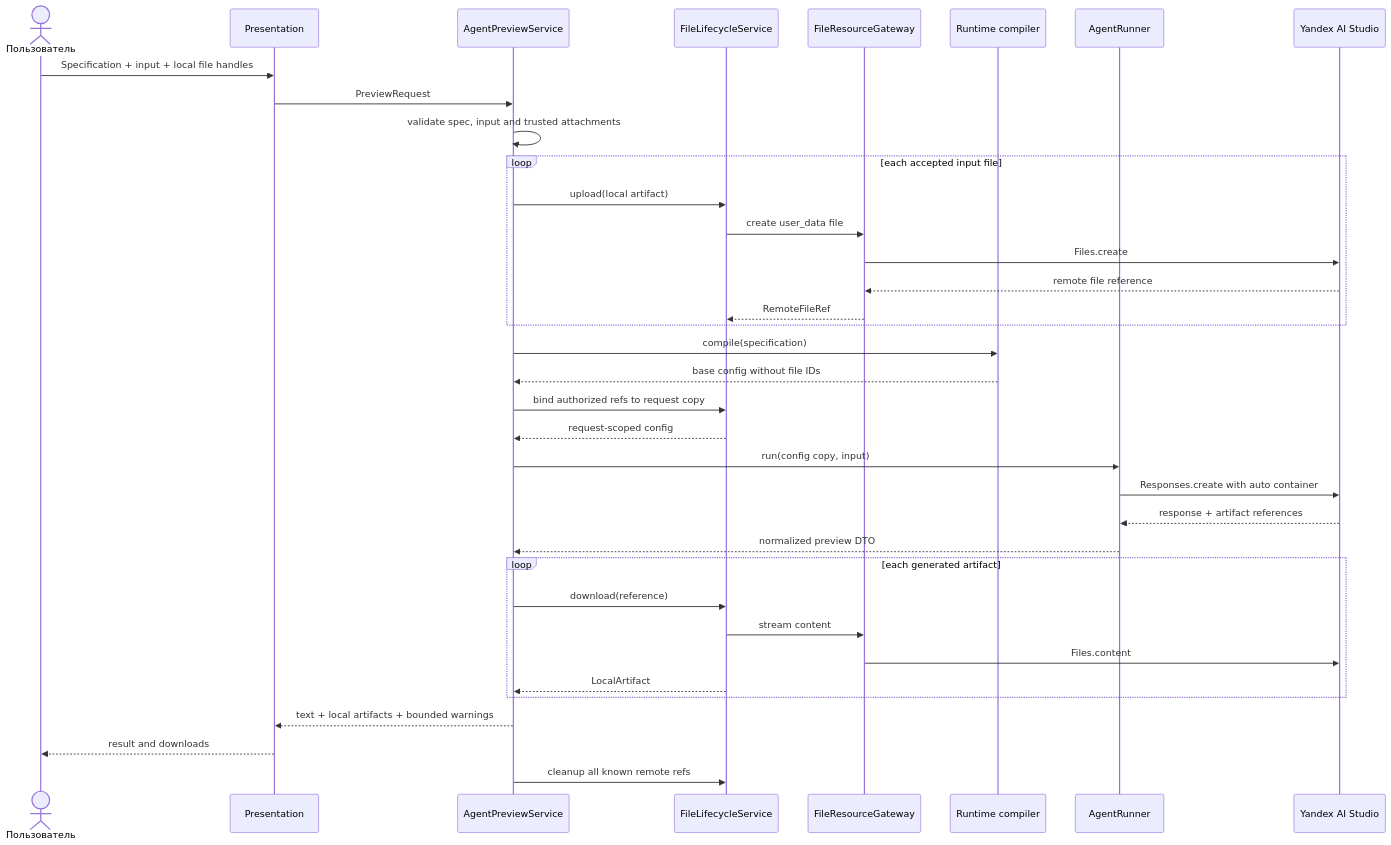
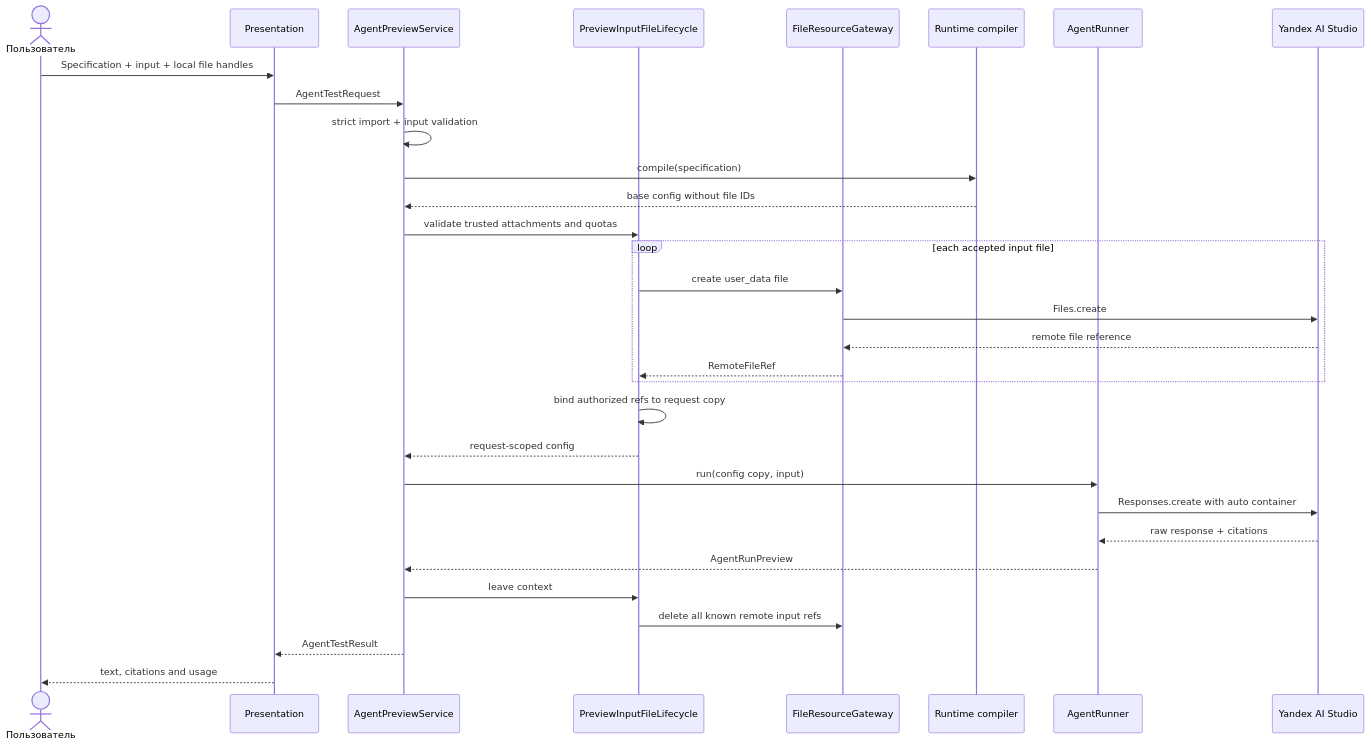
The third of 3 diagrams in docs/architecture/sequences.md (krevetka-is-afk/llm-agent-for-ai-studio), drawn with Mermaid before and after one commit. The commit also changed other lines of this file and 14 other files, not shown here.

First line of the commit message:
Keep preview files scoped to one Code Interpreter run

````diff
--- a/docs/architecture/sequences.md
+++ b/docs/architecture/sequences.md
@@ -64,39 +64,34 @@
 ```mermaid
 sequenceDiagram
     actor User as Пользователь
     participant UI as Presentation
     participant Preview as AgentPreviewService
-    participant Files as FileLifecycleService
+    participant Files as PreviewInputFileLifecycle
     participant Gateway as FileResourceGateway
     participant Compiler as Runtime compiler
     participant Runner as AgentRunner
     participant API as Yandex AI Studio
 
     User->>UI: Specification + input + local file handles
-    UI->>Preview: PreviewRequest
-    Preview->>Preview: validate spec, input and trusted attachments
+    UI->>Preview: AgentTestRequest
+    Preview->>Preview: strict import + input validation
+    Preview->>Compiler: compile(specification)
+    Compiler-->>Preview: base config without file IDs
+    Preview->>Files: validate trusted attachments and quotas
     loop each accepted input file
-        Preview->>Files: upload(local artifact)
         Files->>Gateway: create user_data file
         Gateway->>API: Files.create
         API-->>Gateway: remote file reference
         Gateway-->>Files: RemoteFileRef
     end
-    Preview->>Compiler: compile(specification)
-    Compiler-->>Preview: base config without file IDs
-    Preview->>Files: bind authorized refs to request copy
+    Files->>Files: bind authorized refs to request copy
     Files-->>Preview: request-scoped config
     Preview->>Runner: run(config copy, input)
     Runner->>API: Responses.create with auto container
-    API-->>Runner: response + artifact references
-    Runner-->>Preview: normalized preview DTO
-    loop each generated artifact
-        Preview->>Files: download(reference)
-        Files->>Gateway: stream content
-        Gateway->>API: Files.content
-        Files-->>Preview: LocalArtifact
-    end
-    Preview-->>UI: text + local artifacts + bounded warnings
-    UI-->>User: result and downloads
-    Preview->>Files: cleanup all known remote refs
+    API-->>Runner: raw response + citations
+    Runner-->>Preview: AgentRunPreview
+    Preview->>Files: leave context
+    Files->>Gateway: delete all known remote input refs
+    Preview-->>UI: AgentTestResult
+    UI-->>User: text, citations and usage
 ```
````
